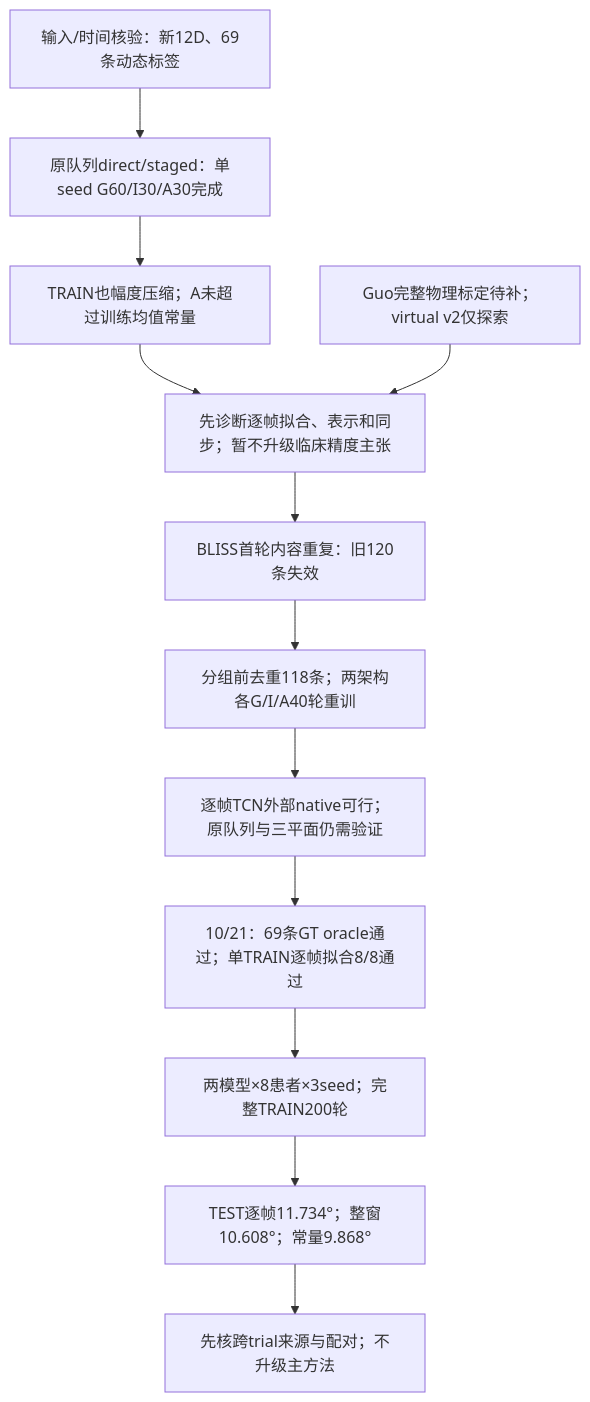
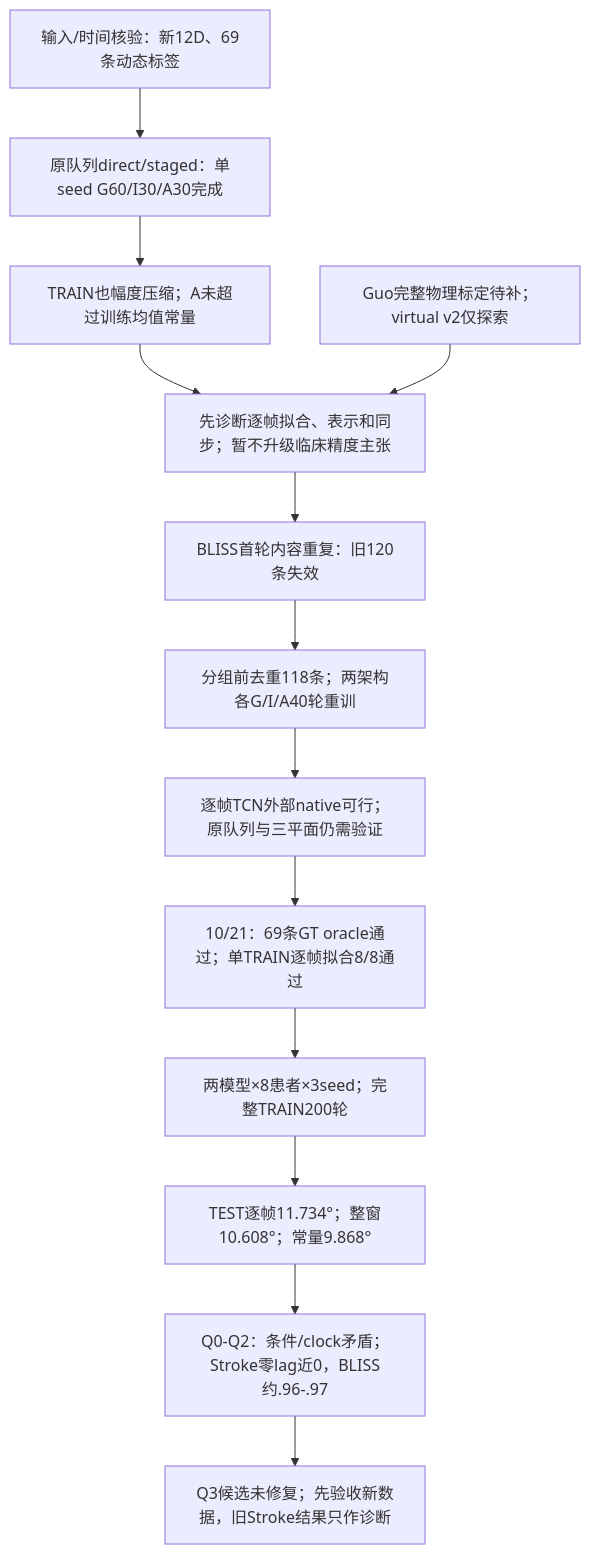
Before and after one commit to InchengWang/NMS-GAP: the diagram in Digital Twin/halfyeat/MASTER_MIDTERM_OUTLINE_ZH.md, drawn with Mermaid. The commit also changed other lines of this file and 9 other files, not shown here.

````diff
--- a/Digital Twin/halfyeat/MASTER_MIDTERM_OUTLINE_ZH.md
+++ b/Digital Twin/halfyeat/MASTER_MIDTERM_OUTLINE_ZH.md
@@ -125,14 +127,15 @@
 ```mermaid
 flowchart TD
     A["输入/时间核验：新12D、69条动态标签"] --> B["原队列direct/staged：单seed G60/I30/A30完成"]
     B --> C["TRAIN也幅度压缩；A未超过训练均值常量"]
     C --> D["先诊断逐帧拟合、表示和同步；暂不升级临床精度主张"]
     D --> E["BLISS首轮内容重复：旧120条失效"]
     E --> F["分组前去重118条；两架构各G/I/A40轮重训"]
     F --> G["逐帧TCN外部native可行；原队列与三平面仍需验证"]
     G --> I["10/21：69条GT oracle通过；单TRAIN逐帧拟合8/8通过"]
     I --> J["两模型×8患者×3seed；完整TRAIN200轮"]
     J --> K["TEST逐帧11.734°；整窗10.608°；常量9.868°"]
-    K --> L["先核跨trial来源与配对；不升级主方法"]
+    K --> L["Q0-Q2：条件/clock矛盾；Stroke零lag近0，BLISS约.96-.97"]
+    L --> M["Q3候选未修复；先验收新数据，旧Stroke结果只作诊断"]
     H["Guo完整物理标定待补；virtual v2仅探索"] --> D
 ```
````
